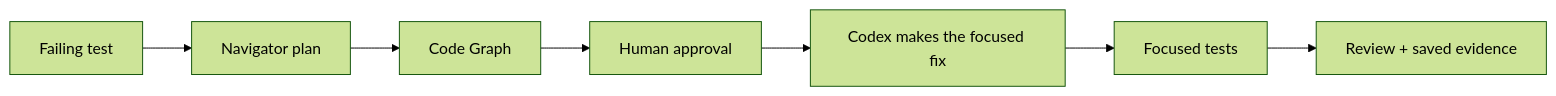
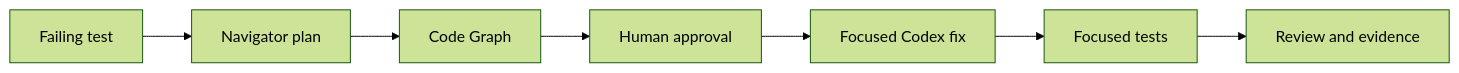
The first of 2 diagrams in README.md (vishrutsinghal/tailtrail-buildweek-demo), drawn with Mermaid (forest theme) before and after one commit. The commit also changed other lines of this file, not shown here.

````diff
--- a/README.md
+++ b/README.md
@@ -29,9 +28,9 @@
 ```mermaid
 flowchart LR
     A[Failing test] --> B[Navigator plan]
     B --> C[Code Graph]
     C --> D[Human approval]
-    D --> E[Codex makes the focused fix]
+    D --> E[Focused Codex fix]
     E --> F[Focused tests]
-    F --> G[Review + saved evidence]
+    F --> G[Review and evidence]
 ```
````
